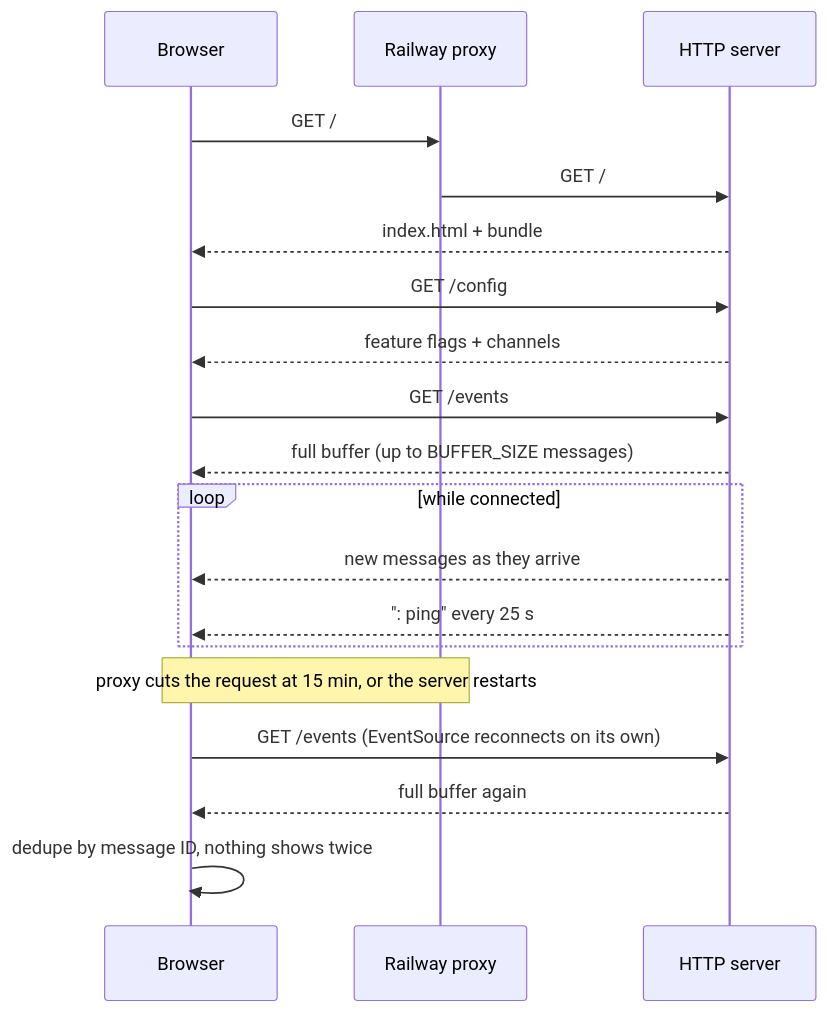
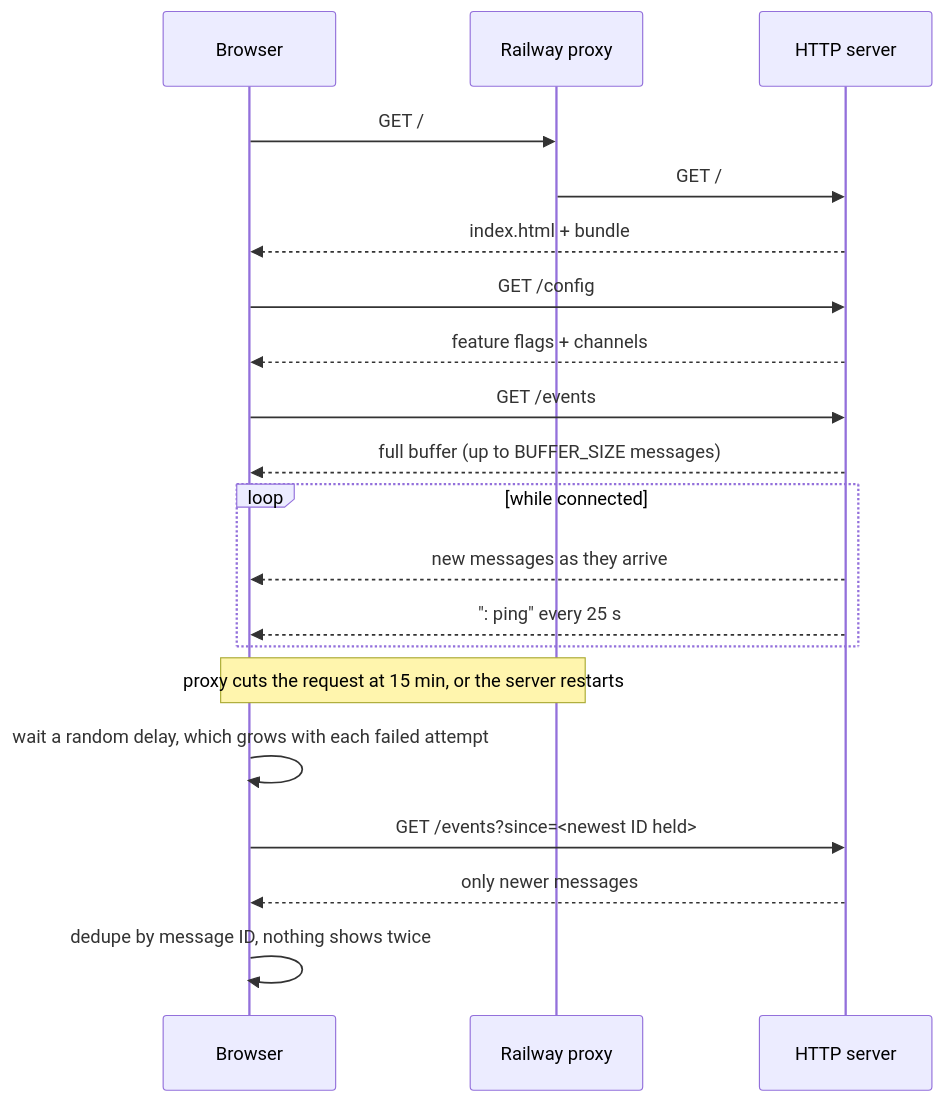
The fourth of 5 diagrams in docs/system-specs/architecture.md (AmitKulkarni23/discord-relay), drawn with Mermaid before and after one commit. The commit also changed other lines of this file and 8 other files, not shown here.

Commit message:
Reconnect from one browser loop with jittered backoff that resets only after a stable stream. Replay only messages newer than ?since=.

````diff
--- a/docs/system-specs/architecture.md
+++ b/docs/system-specs/architecture.md
@@ -86,21 +86,22 @@
 ```mermaid
 sequenceDiagram
   participant W as Browser
   participant P as Railway proxy
   participant S as HTTP server
   W->>P: GET /
   P->>S: GET /
   S-->>W: index.html + bundle
   W->>S: GET /config
   S-->>W: feature flags + channels
   W->>S: GET /events
   S-->>W: full buffer (up to BUFFER_SIZE messages)
   loop while connected
     S-->>W: new messages as they arrive
     S-->>W: ": ping" every 25 s
   end
   Note over P,W: proxy cuts the request at 15 min, or the server restarts
-  W->>S: GET /events (EventSource reconnects on its own)
-  S-->>W: full buffer again
+  W->>W: wait a random delay, which grows with each failed attempt
+  W->>S: GET /events?since=<newest ID held>
+  S-->>W: only newer messages
   W->>W: dedupe by message ID, nothing shows twice
 ```
````
